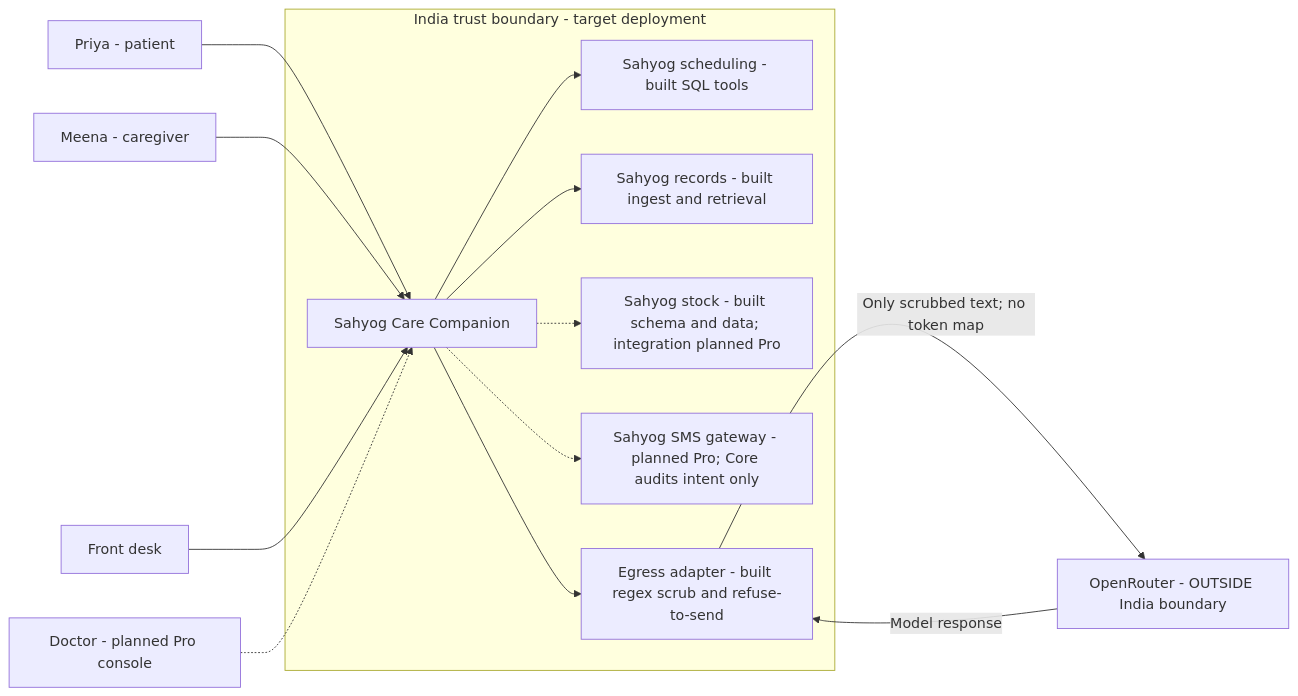
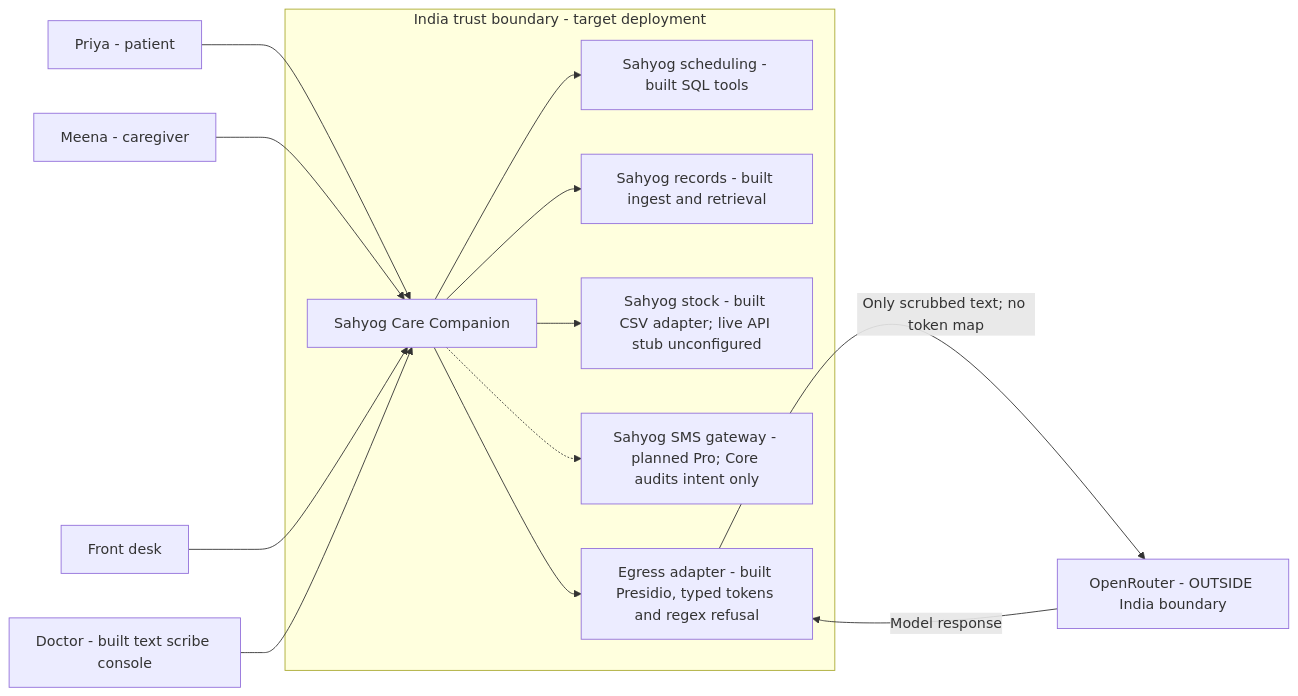
The diagram in docs/diagrams/context.md (akilakuppuswamy1/Sahyog_care), drawn with Mermaid before and after one commit. The commit also changed other lines of this file and 7 other files, not shown here.

Commit message:
Docs updated to Pro tier: README, memo with scribe cost, architecture, D7, submission

````diff
--- a/docs/diagrams/context.md
+++ b/docs/diagrams/context.md
@@ -6,22 +6,22 @@
 ```mermaid
 flowchart LR
     P[Priya - patient] --> SCC
     M[Meena - caregiver] --> SCC
     F[Front desk] --> SCC
-    D[Doctor - planned Pro console] -.-> SCC
+    D[Doctor - built text scribe console] --> SCC
     subgraph India[India trust boundary - target deployment]
         SCC[Sahyog Care Companion]
         SCH[Sahyog scheduling - built SQL tools]
         REC[Sahyog records - built ingest and retrieval]
-        STK[Sahyog stock - built schema and data; integration planned Pro]
+        STK[Sahyog stock - built CSV adapter; live API stub unconfigured]
         SMS[Sahyog SMS gateway - planned Pro; Core audits intent only]
-        EG[Egress adapter - built regex scrub and refuse-to-send]
+        EG[Egress adapter - built Presidio, typed tokens and regex refusal]
         SCC --> SCH
         SCC --> REC
-        SCC -.-> STK
+        SCC --> STK
         SCC -.-> SMS
         SCC --> EG
     end
     EG -->|Only scrubbed text; no token map| OR[OpenRouter - OUTSIDE India boundary]
     OR -->|Model response| EG
 ```
````
